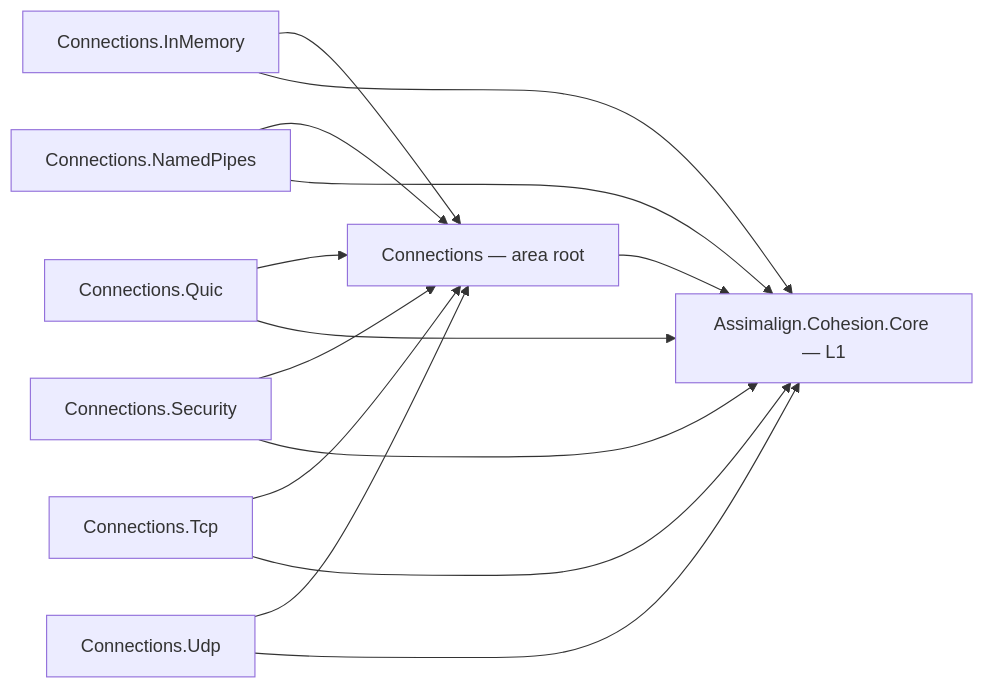
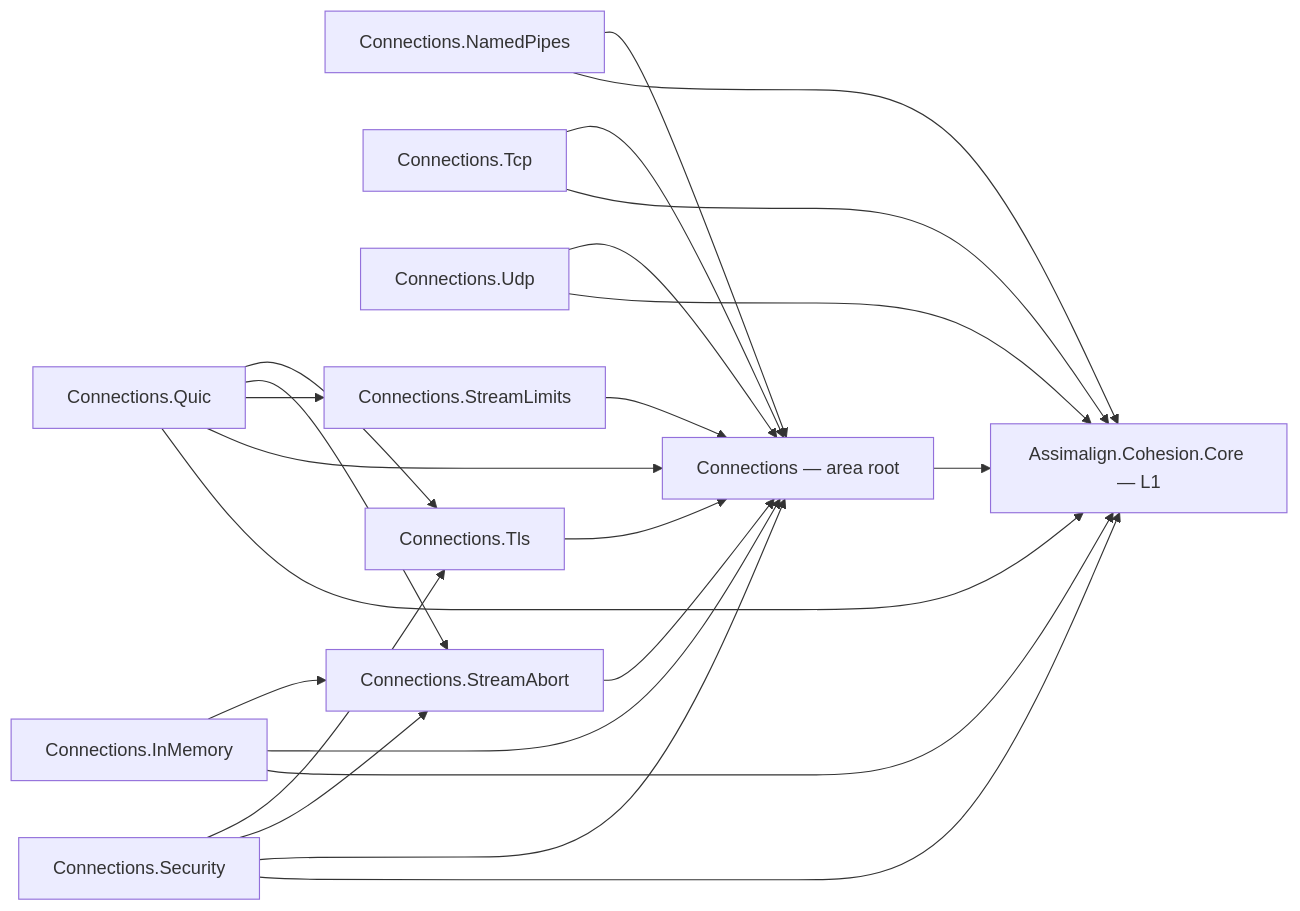
One commit to assimalign/cohesion changed the diagram in libraries/Connections/README.md. Above: the diagram before and after it, drawn with Mermaid. The commit also changed other lines of this file and 2416 other files, not shown here.

````diff
--- a/libraries/Connections/README.md
+++ b/libraries/Connections/README.md
@@ -12,24 +12,36 @@
 ```mermaid
 flowchart LR
     P0["Connections — area root"]
     P1["Connections.InMemory"]
     P2["Connections.NamedPipes"]
     P3["Connections.Quic"]
     P4["Connections.Security"]
     P5["Connections.Tcp"]
     P6["Connections.Udp"]
+    TLS["Connections.Tls"]
+    ABORT["Connections.StreamAbort"]
+    LIMITS["Connections.StreamLimits"]
     CORE["Assimalign.Cohesion.Core — L1"]
+    TLS --> P0
+    ABORT --> P0
+    LIMITS --> P0
+    P1 --> ABORT
+    P3 --> TLS
+    P3 --> ABORT
+    P3 --> LIMITS
+    P4 --> TLS
+    P4 --> ABORT
     P0 --> CORE
     P1 --> P0
     P1 --> CORE
     P2 --> P0
     P2 --> CORE
     P3 --> P0
     P3 --> CORE
     P4 --> P0
     P4 --> CORE
     P5 --> P0
     P5 --> CORE
     P6 --> P0
     P6 --> CORE
 ```
````
